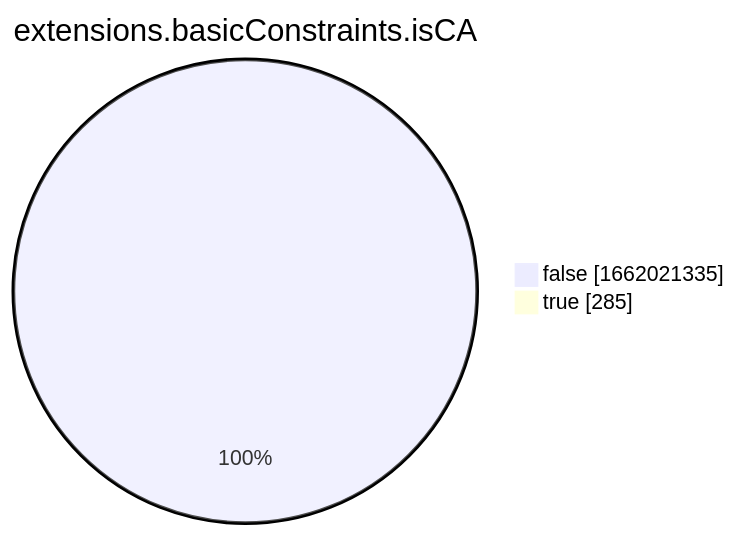
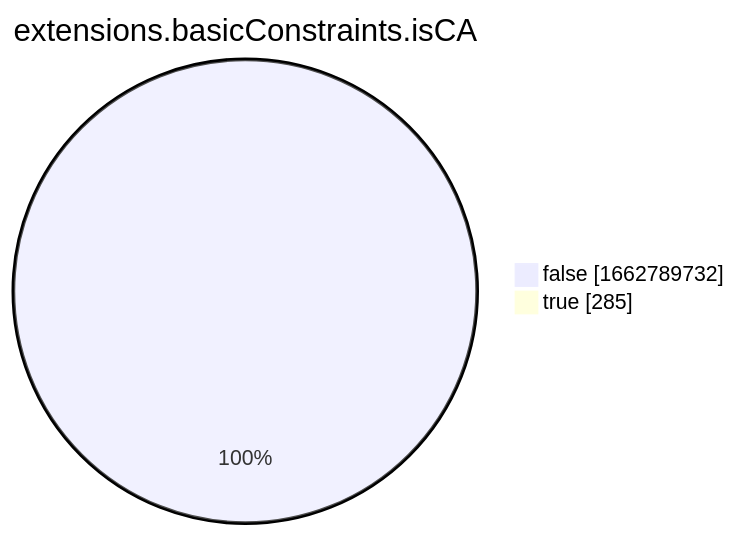
One commit to christiankrug/ctmonitor_visualization changed the eighth of 15 diagrams in xenon2022/README.md. Above: the diagram before and after it, drawn with Mermaid. The commit also changed other lines of this file, not shown here.

````diff
--- a/xenon2022/README.md
+++ b/xenon2022/README.md
@@ -2864,6 +2865,6 @@
 ```mermaid
 pie showData
 title extensions.basicConstraints.isCA
-"false" :1662021335
+"false" :1662789732
 "true" :285
 ```
````
